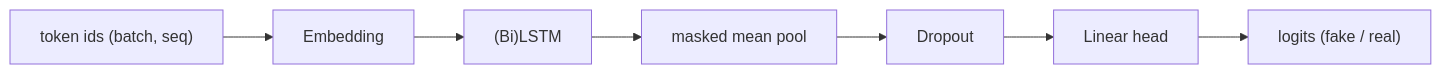
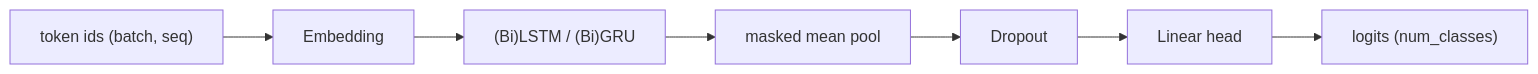
Before and after one commit to gkosteva/deep_learning_project: the diagram in docs/documentation.md, drawn with Mermaid. The commit also changed other lines of this file and 65 other files, not shown here.

````diff
--- a/docs/documentation.md
+++ b/docs/documentation.md
@@ -83,9 +93,9 @@
 ```mermaid
 flowchart LR
   ids["token ids (batch, seq)"] --> emb[Embedding]
-  emb --> lstm["(Bi)LSTM"]
-  lstm --> pool["masked mean pool"]
+  emb --> rnn["(Bi)LSTM / (Bi)GRU"]
+  rnn --> pool["masked mean pool"]
   pool --> drop[Dropout]
   drop --> head[Linear head]
-  head --> logits["logits (fake / real)"]
+  head --> logits["logits (num_classes)"]
 ```
````
